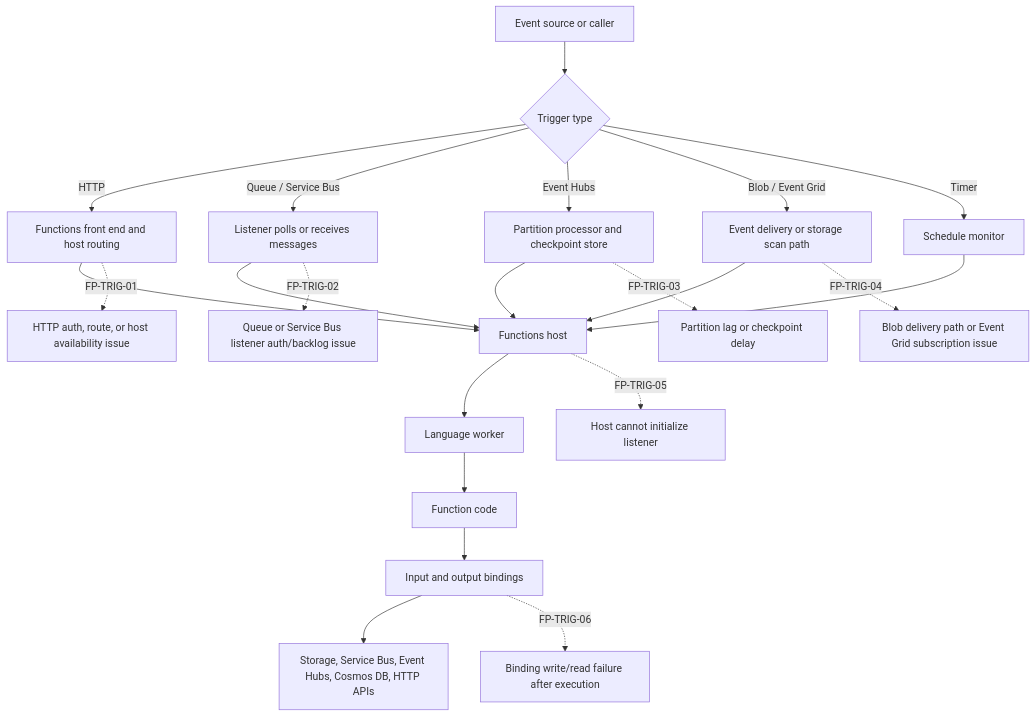
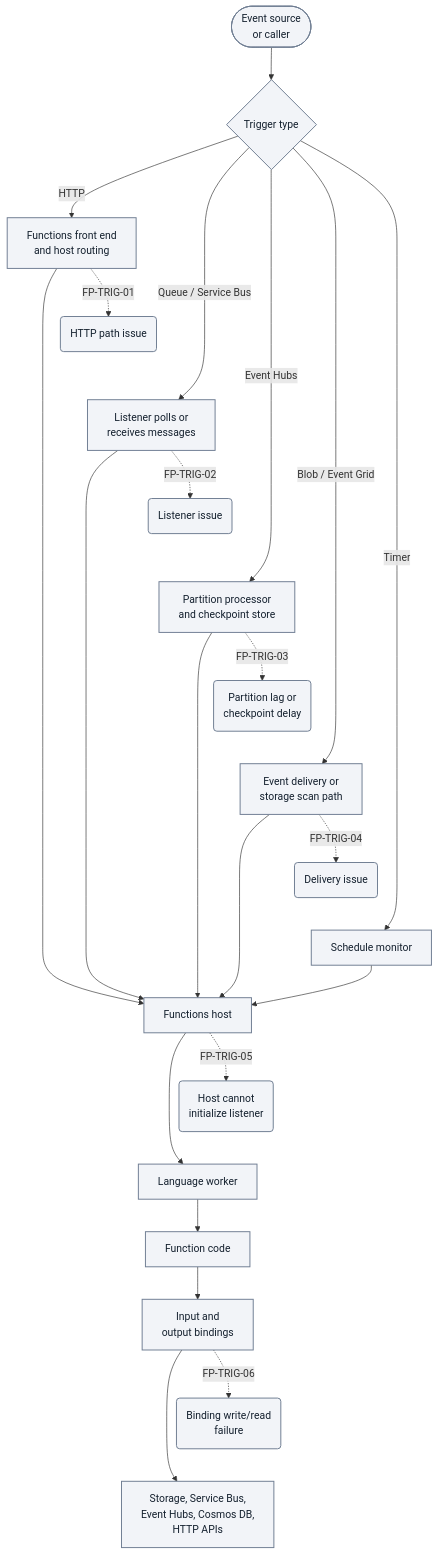
Before and after one commit to yeongseon/azure-functions-practical-guide: the second of 10 diagrams in docs/troubleshooting/architecture-components-reference.md, drawn with Mermaid. The commit also changed other lines of this file, not shown here.

First line of the commit message:
docs(diagrams): improve component diagnostic diagram readability

````diff
--- a/docs/troubleshooting/architecture-components-reference.md
+++ b/docs/troubleshooting/architecture-components-reference.md
@@ -274,25 +286,37 @@
 ```mermaid
+%%{init: {'flowchart': {'nodeSpacing': 10}}}%%
 flowchart TD
-    A[Event source or caller] --> B{Trigger type}
-    B -->|HTTP| C[Functions front end and host routing]
-    B -->|"Queue / Service Bus"| D[Listener polls or receives messages]
-    B -->|Event Hubs| E[Partition processor and checkpoint store]
-    B -->|"Blob / Event Grid"| F[Event delivery or storage scan path]
-    B -->|Timer| G[Schedule monitor]
+    accTitle: Trigger and binding diagnostic routing
+    accDescr: Illustrative logical diagnostic map preserving HTTP, Queue and Service Bus, Event Hubs, Blob and Event Grid, and Timer paths. Arrows group responsibilities, not network hops or a universal execution order. Input bindings can supply data before user code executes; output bindings write results. Failure points are candidates to investigate, not confirmed causes.
+    A(["Event source<br/>or caller"]) --> B{Trigger type}
+    B -->|HTTP| C["Functions front end<br/>and host routing"]
+    B -->|"Queue / Service Bus"| D["Listener polls or<br/>receives messages"]
+    B -->|Event Hubs| E["Partition processor<br/>and checkpoint store"]
+    B -->|"Blob / Event Grid"| F["Event delivery or<br/>storage scan path"]
+    B -->|Timer| G["Schedule monitor"]
     C --> H[Functions host]
     D --> H
     E --> H
     F --> H
     G --> H
     H --> I[Language worker]
     I --> J[Function code]
-    J --> K[Input and output bindings]
-    K --> L[Storage, Service Bus, Event Hubs, Cosmos DB, HTTP APIs]
+    J --> K["Input and<br/>output bindings"]
+    K --> L["Storage, Service Bus,<br/>Event Hubs, Cosmos DB,<br/>HTTP APIs"]
 
-    C -. FP-TRIG-01 .-> C1[HTTP auth, route, or host availability issue]
-    D -. FP-TRIG-02 .-> D1["Queue or Service Bus listener auth/backlog issue"]
-    E -. FP-TRIG-03 .-> E1[Partition lag or checkpoint delay]
-    F -. FP-TRIG-04 .-> F1[Blob delivery path or Event Grid subscription issue]
-    H -. FP-TRIG-05 .-> H1[Host cannot initialize listener]
-    K -. FP-TRIG-06 .-> K1["Binding write/read failure after execution"]
+    C -. FP-TRIG-01 .-> C1("HTTP path issue")
+    D -. FP-TRIG-02 .-> D1("Listener issue")
+    E -. FP-TRIG-03 .-> E1("Partition lag or<br/>checkpoint delay")
+    F -. FP-TRIG-04 .-> F1("Delivery issue")
+    H -. FP-TRIG-05 .-> H1("Host cannot<br/>initialize listener")
+    K -. FP-TRIG-06 .-> K1("Binding write/read<br/>failure")
+    %% Layout-only links serialize alternatives; they add no diagnostic steps or arrows.
+    C1 ~~~ D
+    D1 ~~~ E
+    E1 ~~~ F
+    F1 ~~~ G
+    H1 ~~~ I
+    K1 ~~~ L
+    classDef baseNeutral fill:#f2f4f8,stroke:#707e93,stroke-width:1.5px,color:#14202e;
+    class A,B,C,D,E,F,G,H,I,J,K,L,C1,D1,E1,F1,H1,K1 baseNeutral;
 ```
````
